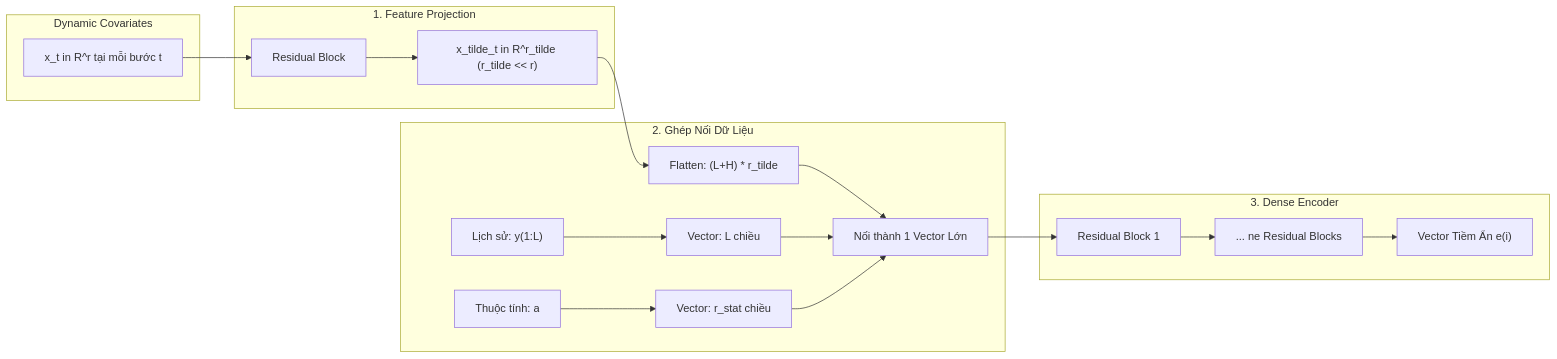
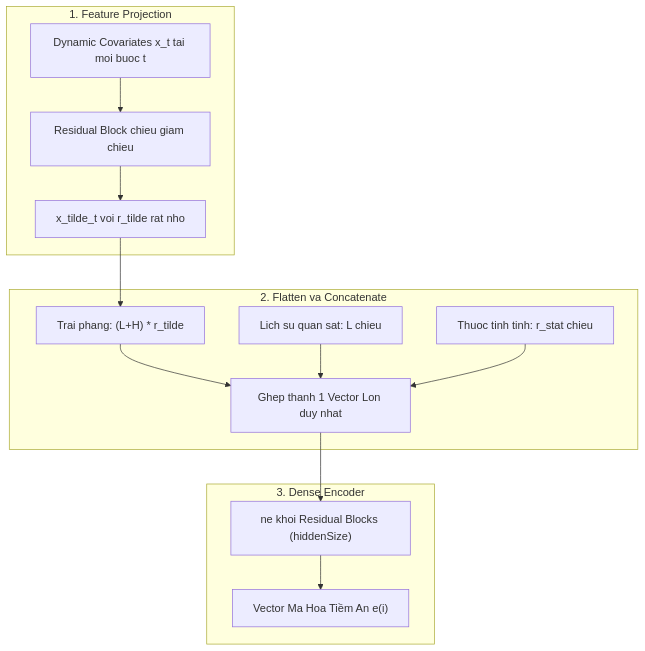
The second of 3 diagrams in doc/04_model_architecture.md (snowflake-vibing/Project-Experimental-TiDE), drawn with Mermaid before and after one commit. The commit also changed other lines of this file and 4 other files, not shown here.

Commit message:
fix(docs): format equations and Mermaid in ch3 & ch4, add Feynman glossary for dynamic covariates

````diff
--- a/doc/04_model_architecture.md
+++ b/doc/04_model_architecture.md
@@ -50,24 +52,28 @@
 ```mermaid
-flowchart LR
-    subgraph DynamicCovs["Dynamic Covariates"]
-        X["x_t in R^r tại mỗi bước t"]
+flowchart TD
+    subgraph S1 [1. Feature Projection]
+        X["Dynamic Covariates x_t tai moi buoc t"]
+        RB_FP["Residual Block chieu giam chieu"]
+        X_tilde["x_tilde_t voi r_tilde rat nho"]
+        X --> RB_FP
+        RB_FP --> X_tilde
     end
 
-    subgraph FeatProj["1. Feature Projection"]
-        X --> RB_FP["Residual Block"]
-        RB_FP --> X_tilde["x_tilde_t in R^r_tilde (r_tilde << r)"]
+    subgraph S2 [2. Flatten va Concatenate]
+        FlatX["Trai phang: (L+H) * r_tilde"]
+        FlatY["Lich su quan sat: L chieu"]
+        FlatA["Thuoc tinh tinh: r_stat chieu"]
+        ConcatAll["Ghep thanh 1 Vector Lon duy nhat"]
+        X_tilde --> FlatX
+        FlatX --> ConcatAll
+        FlatY --> ConcatAll
+        FlatA --> ConcatAll
     end
 
-    subgraph FlattenConcat["2. Ghép Nối Dữ Liệu"]
-        X_tilde --> FlatX["Flatten: (L+H) * r_tilde"]
-        Y_hist["Lịch sử: y(1:L)"] --> FlatY["Vector: L chiều"]
-        Attr["Thuộc tính: a"] --> FlatA["Vector: r_stat chiều"]
-        FlatX & FlatY & FlatA --> ConcatAll["Nối thành 1 Vector Lớn"]
-    end
-
-    subgraph DenseEnc["3. Dense Encoder"]
-        ConcatAll --> Enc1["Residual Block 1"]
-        Enc1 --> EncN["... ne Residual Blocks"]
-        EncN --> Latent["Vector Tiềm Ẩn e(i)"]
+    subgraph S3 [3. Dense Encoder]
+        EncBlocks["ne khoi Residual Blocks (hiddenSize)"]
+        Latent["Vector Ma Hoa Tiềm An e(i)"]
+        ConcatAll --> EncBlocks
+        EncBlocks --> Latent
     end
 ```
````
